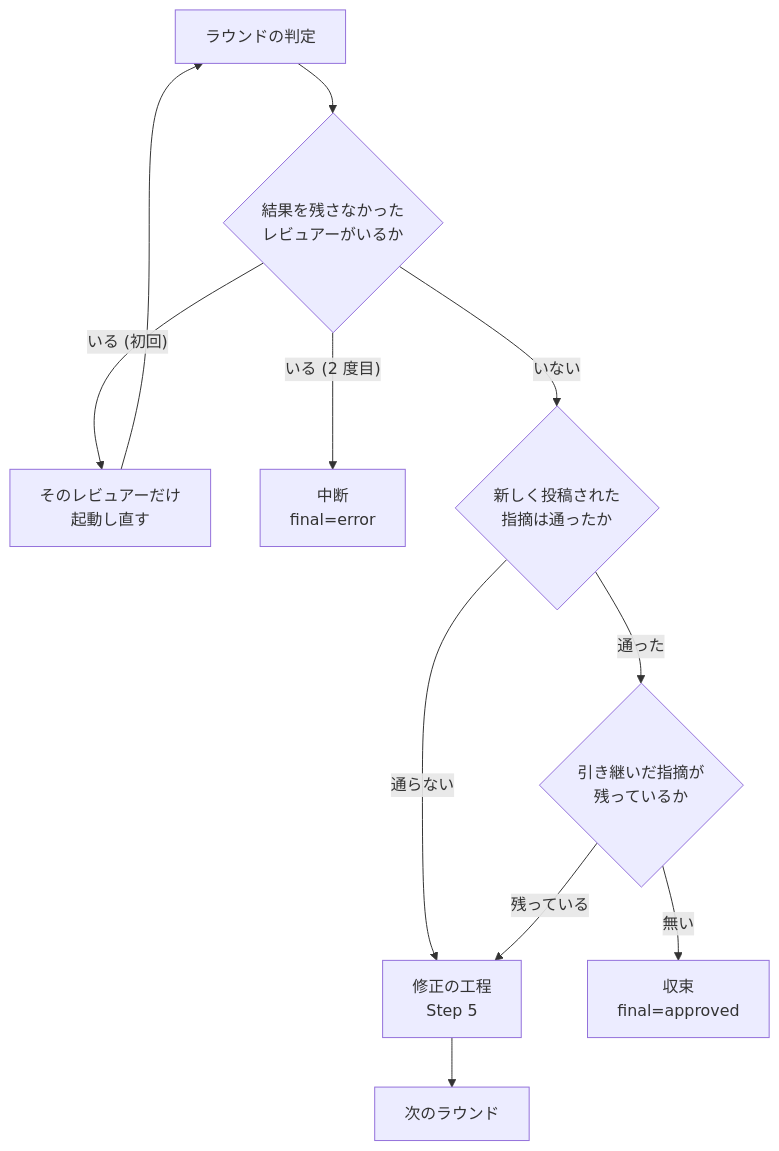
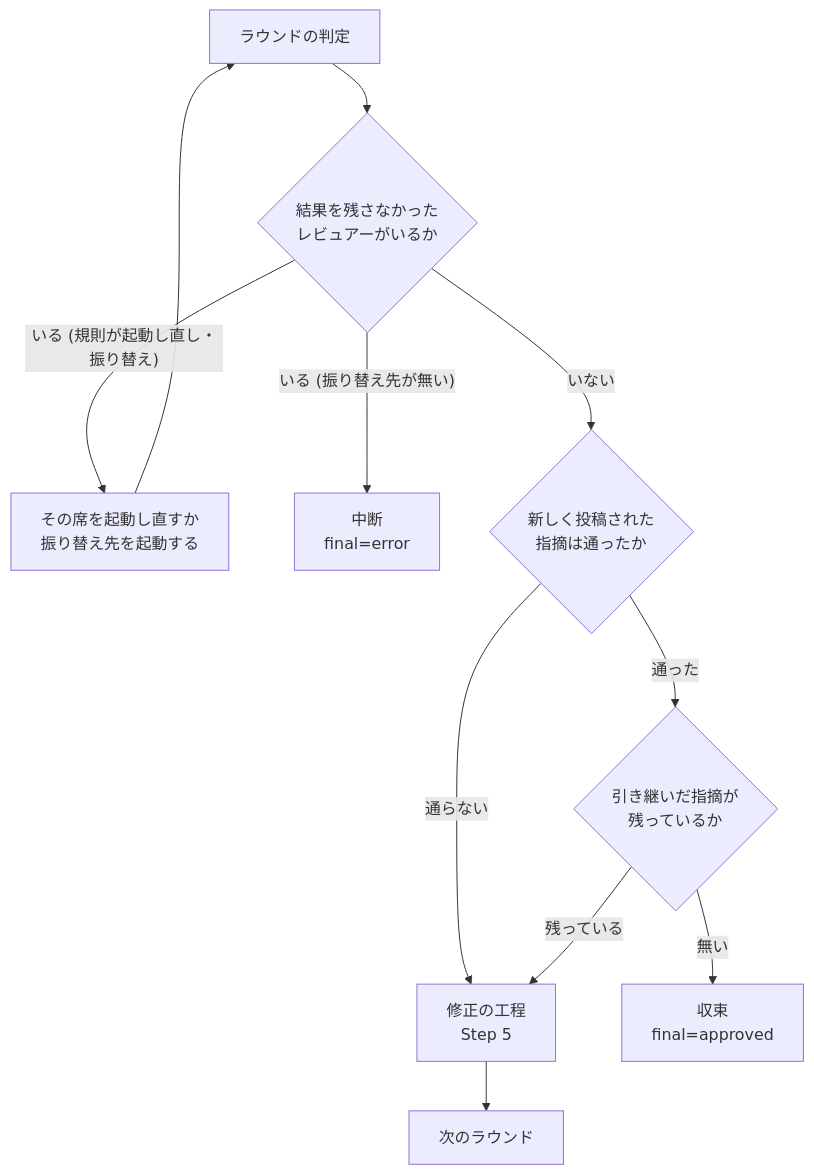
Before and after one commit to devbasex/ai-plugins: the diagram in plugins/ndf/skills/cross-review/docs/01-state-and-review.md, drawn with Mermaid. The commit also changed other lines of this file and 9 other files, not shown here.

````diff
--- a/plugins/ndf/skills/cross-review/docs/01-state-and-review.md
+++ b/plugins/ndf/skills/cross-review/docs/01-state-and-review.md
@@ -341,13 +365,13 @@
 ```mermaid
 graph TD
     A[ラウンドの判定] --> G{結果を残さなかった<br/>レビュアーがいるか}
-    G -->|"いる (初回)"| R[そのレビュアーだけ<br/>起動し直す]
-    G -->|"いる (2 度目)"| X[中断<br/>final=error]
+    G -->|"いる (規則が起動し直し・振り替え)"| R[その席を起動し直すか<br/>振り替え先を起動する]
+    G -->|"いる (振り替え先が無い)"| X[中断<br/>final=error]
     R --> A
     G -->|いない| B{新しく投稿された<br/>指摘は通ったか}
     B -->|通らない| E[修正の工程<br/>Step 5]
     B -->|通った| C{引き継いだ指摘が<br/>残っているか}
     C -->|残っている| E
     C -->|無い| D[収束<br/>final=approved]
     E --> F[次のラウンド]
 ```
````
